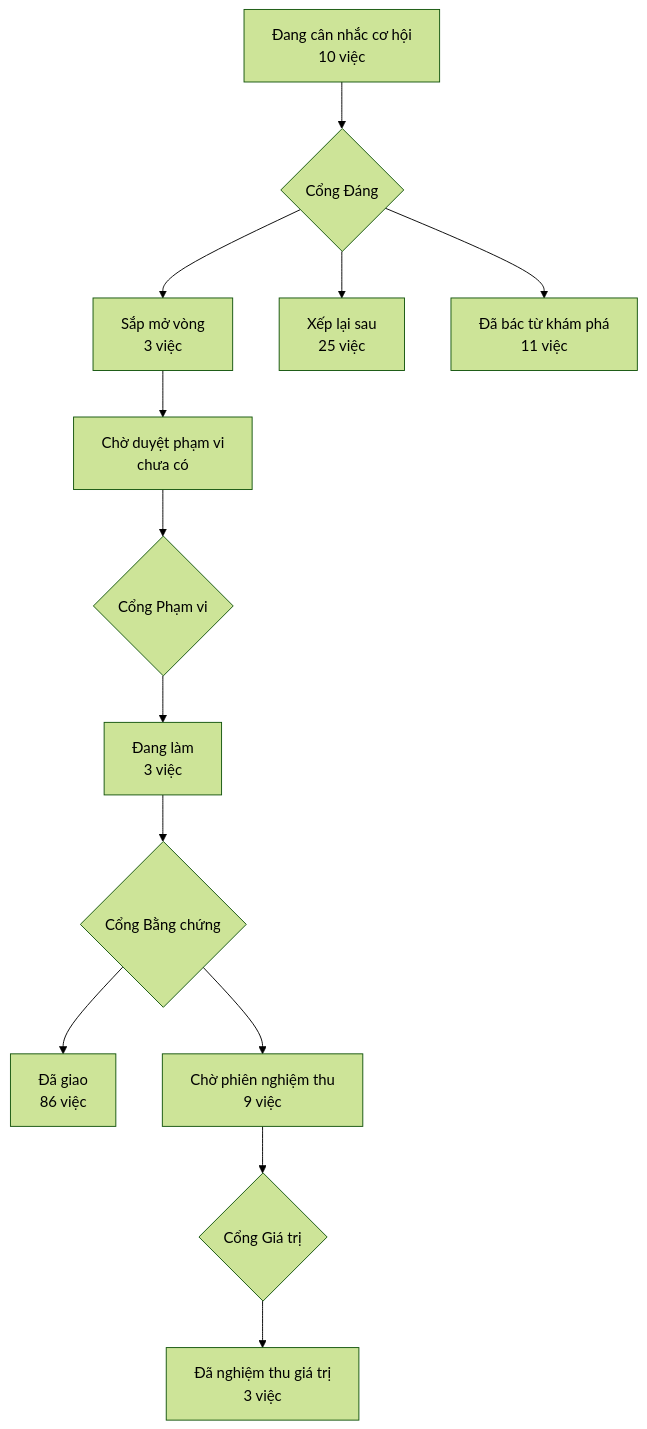
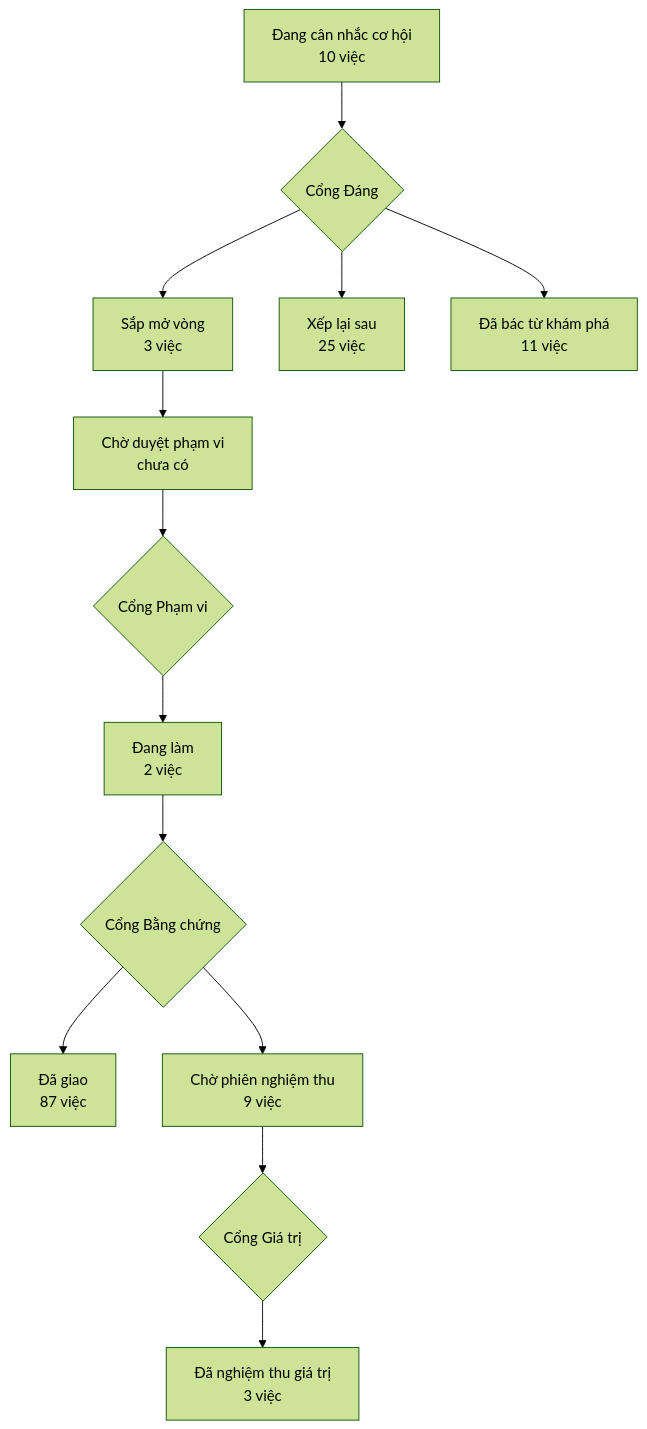
Before and after one commit to phanlemanh/acceptance-gate-kit: the diagram in PRODUCT-MAP.md, drawn with Mermaid (forest theme). The commit also changed 5 other files, not shown here.

````diff
--- a/PRODUCT-MAP.md
+++ b/PRODUCT-MAP.md
@@ -6,12 +6,12 @@
 ```mermaid
 flowchart TD
   A["Đang cân nhắc cơ hội<br/>10 việc"] --> GD{"Cổng Đáng"}
   GD --> B["Sắp mở vòng<br/>3 việc"]
   GD --> XL["Xếp lại sau<br/>25 việc"]
   GD --> DB["Đã bác từ khám phá<br/>11 việc"]
   B --> CD["Chờ duyệt phạm vi<br/>chưa có"] --> GP{"Cổng Phạm vi"}
-  GP --> DL["Đang làm<br/>3 việc"] --> GB{"Cổng Bằng chứng"}
-  GB --> DG["Đã giao<br/>86 việc"]
+  GP --> DL["Đang làm<br/>2 việc"] --> GB{"Cổng Bằng chứng"}
+  GB --> DG["Đã giao<br/>87 việc"]
   GB --> CN["Chờ phiên nghiệm thu<br/>9 việc"] --> GG{"Cổng Giá trị"}
   GG --> NT["Đã nghiệm thu giá trị<br/>3 việc"]
 ```
````
